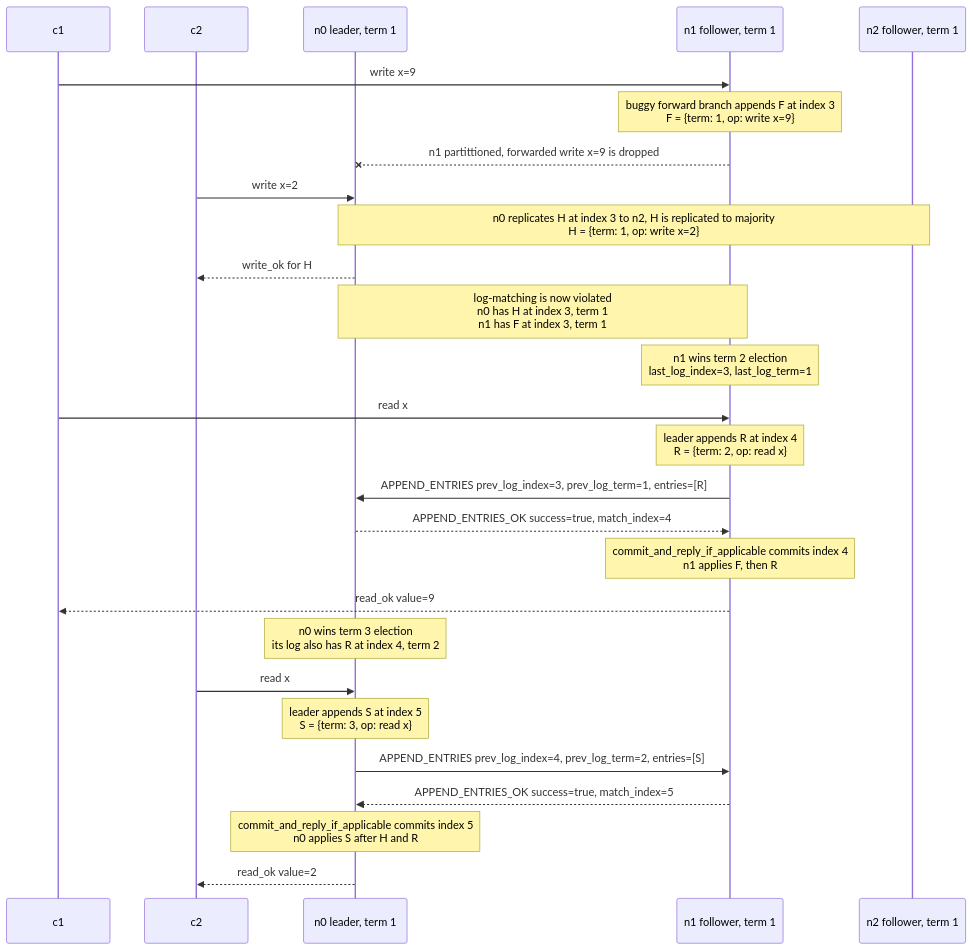
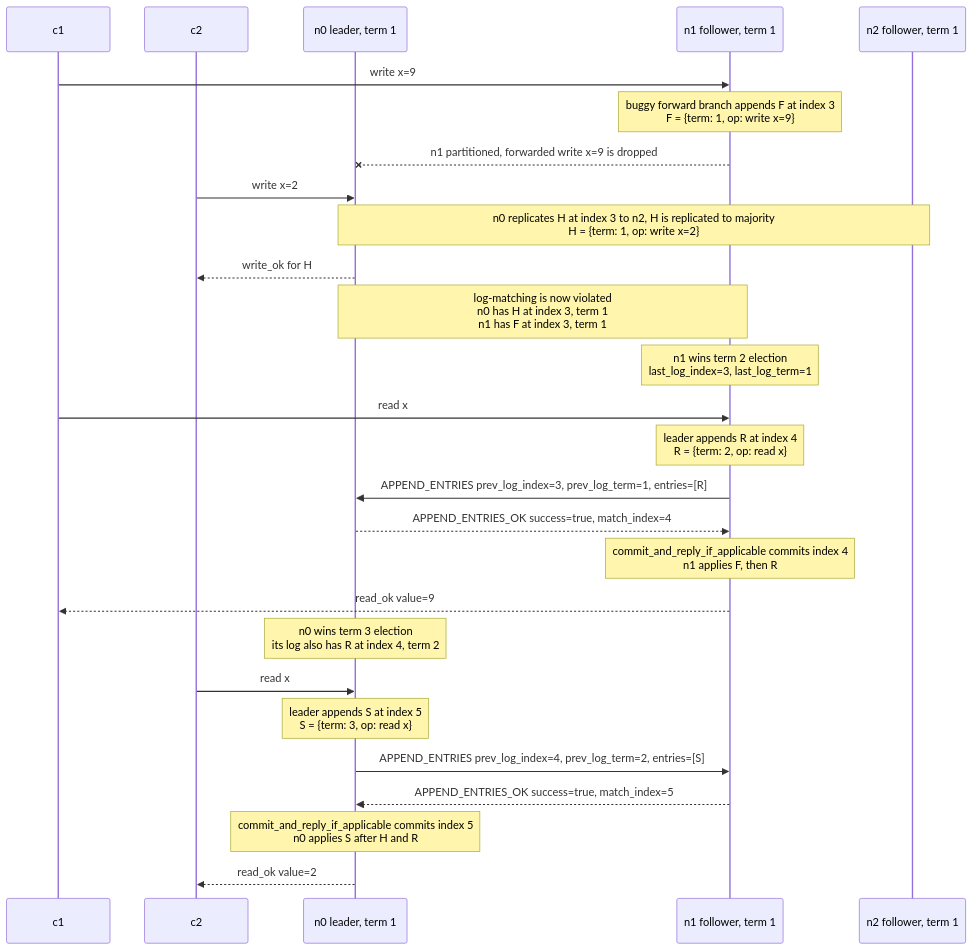
The diagram in bugs/v0/replication/follower_local_appends/README.md (donglin-wang/broken-rafts), drawn with Mermaid before and after one commit. The commit also changed 2 other files, not shown here.

````diff
--- a/bugs/v0/replication/follower_local_appends/README.md
+++ b/bugs/v0/replication/follower_local_appends/README.md
@@ -68,34 +68,34 @@
 ```mermaid
 sequenceDiagram
     participant C1 as c1
     participant C2 as c2
     participant N0 as n0 leader, term 1
     participant N1 as n1 follower, term 1
     participant N2 as n2 follower, term 1
 
     C1->>N1: write x=9
     Note over N1: buggy forward branch appends F at index 3<br/>F = {term: 1, op: write x=9}
-    N1--xN0: n1 partittioned, forwarded write x=9 is dropped
+    N1--xN0: n1 partitioned, forwarded write x=9 is dropped
 
     C2->>N0: write x=2
     Note over N0,N2: n0 replicates H at index 3 to n2, H is replicated to majority<br/>H = {term: 1, op: write x=2}
     N0-->>C2: write_ok for H
 
     Note over N0,N1: log-matching is now violated<br/>n0 has H at index 3, term 1<br/>n1 has F at index 3, term 1
 
     Note over N1: n1 wins term 2 election<br/>last_log_index=3, last_log_term=1
     C1->>N1: read x
     Note over N1: leader appends R at index 4<br/>R = {term: 2, op: read x}
     N1->>N0: APPEND_ENTRIES prev_log_index=3, prev_log_term=1, entries=[R]
     N0-->>N1: APPEND_ENTRIES_OK success=true, match_index=4
     Note over N1: commit_and_reply_if_applicable commits index 4<br/>n1 applies F, then R
     N1-->>C1: read_ok value=9
 
     Note over N0: n0 wins term 3 election<br/>its log also has R at index 4, term 2
     C2->>N0: read x
     Note over N0: leader appends S at index 5<br/>S = {term: 3, op: read x}
     N0->>N1: APPEND_ENTRIES prev_log_index=4, prev_log_term=2, entries=[S]
     N1-->>N0: APPEND_ENTRIES_OK success=true, match_index=5
     Note over N0: commit_and_reply_if_applicable commits index 5<br/>n0 applies S after H and R
     N0-->>C2: read_ok value=2
 ```
````
